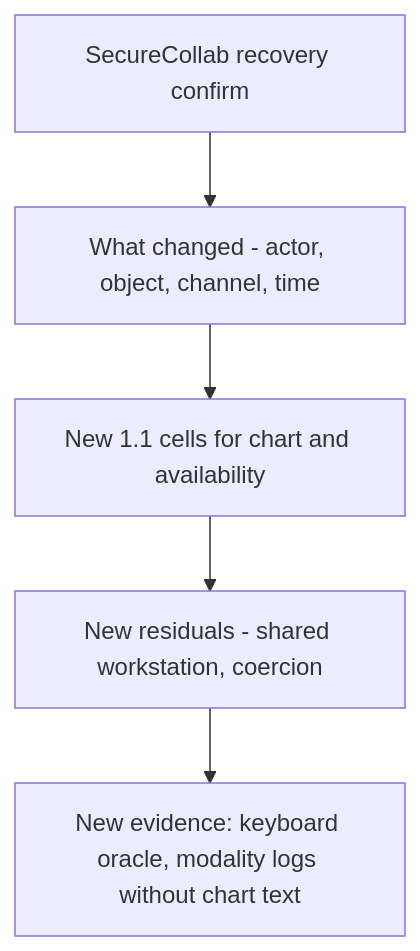
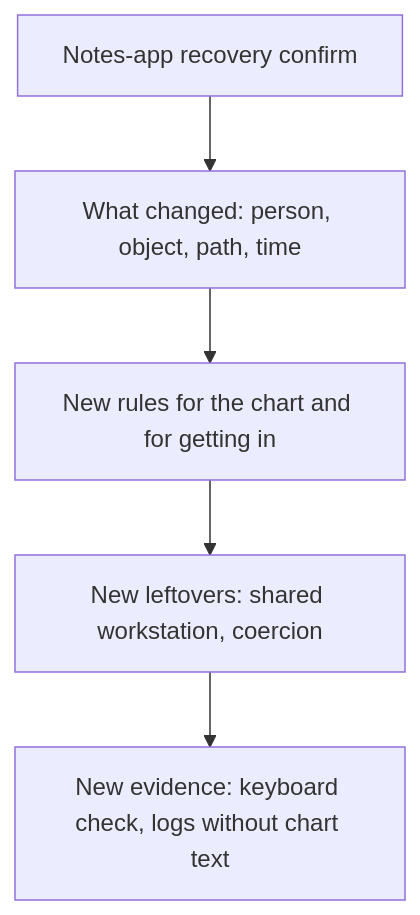
The diagram in content/modules/1/1.4/lessons/07-transfer.md (ishitvagoel/LearnSecurity), drawn with Mermaid before and after one commit. The commit also changed other lines of this file and 44 other files, not shown here.

````diff
--- a/content/modules/1/1.4/lessons/07-transfer.md
+++ b/content/modules/1/1.4/lessons/07-transfer.md
@@ -22,7 +21,7 @@
 ```mermaid
 flowchart TD
-  Old[SecureCollab recovery confirm] --> Q["What changed - actor, object, channel, time"]
-  Q --> NewI["New 1.1 cells for chart and availability"]
-  NewI --> NewR["New residuals - shared workstation, coercion"]
-  NewR --> Ev["New evidence: keyboard oracle, modality logs without chart text"]
+  Old[Notes-app recovery confirm] --> Q[What changed: person, object, path, time]
+  Q --> NewI[New rules for the chart and for getting in]
+  NewI --> NewR[New leftovers: shared workstation, coercion]
+  NewR --> Ev[New evidence: keyboard check, logs without chart text]
 ```
````
